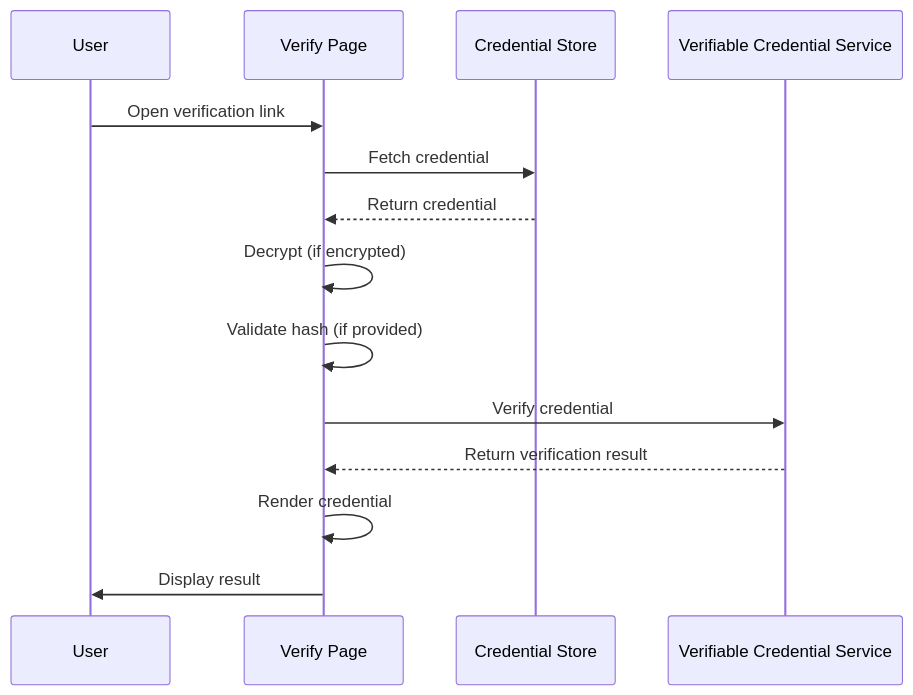
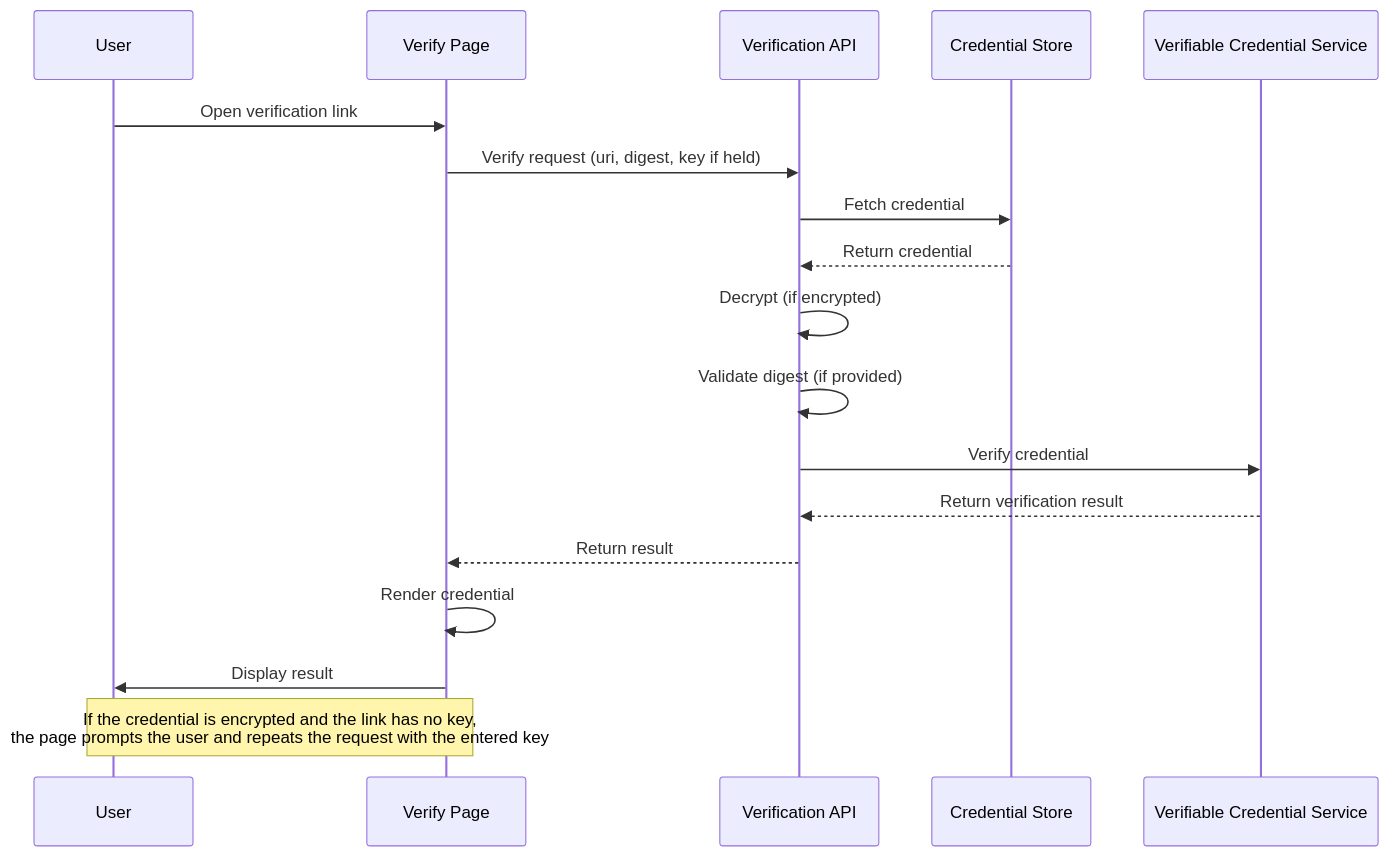
One commit to uncefact/tests-untp changed the diagram in documentation/docs/reference-implementation/verify-page.md. Above: the diagram before and after it, drawn with Mermaid. The commit also changed other lines of this file and 12 other files, not shown here.

Commit message:
feat(ri): prompt for a decryption key on the verify page and harden the verify fetch (#903)

````diff
--- a/documentation/docs/reference-implementation/verify-page.md
+++ b/documentation/docs/reference-implementation/verify-page.md
@@ -20,16 +22,20 @@
 ```mermaid
 sequenceDiagram
     participant U as User
     participant V as Verify Page
+    participant API as Verification API
     participant CS as Credential Store
     participant VS as Verifiable Credential Service
     U->>V: Open verification link
-    V->>CS: Fetch credential
-    CS-->>V: Return credential
-    V->>V: Decrypt (if encrypted)
-    V->>V: Validate hash (if provided)
-    V->>VS: Verify credential
-    VS-->>V: Return verification result
+    V->>API: Verify request (uri, digest, key if held)
+    API->>CS: Fetch credential
+    CS-->>API: Return credential
+    API->>API: Decrypt (if encrypted)
+    API->>API: Validate digest (if provided)
+    API->>VS: Verify credential
+    VS-->>API: Return verification result
+    API-->>V: Return result
     V->>V: Render credential
     V->>U: Display result
+    Note over U,V: If the credential is encrypted and the link has no key,<br/>the page prompts the user and repeats the request with the entered key
 ```
````
